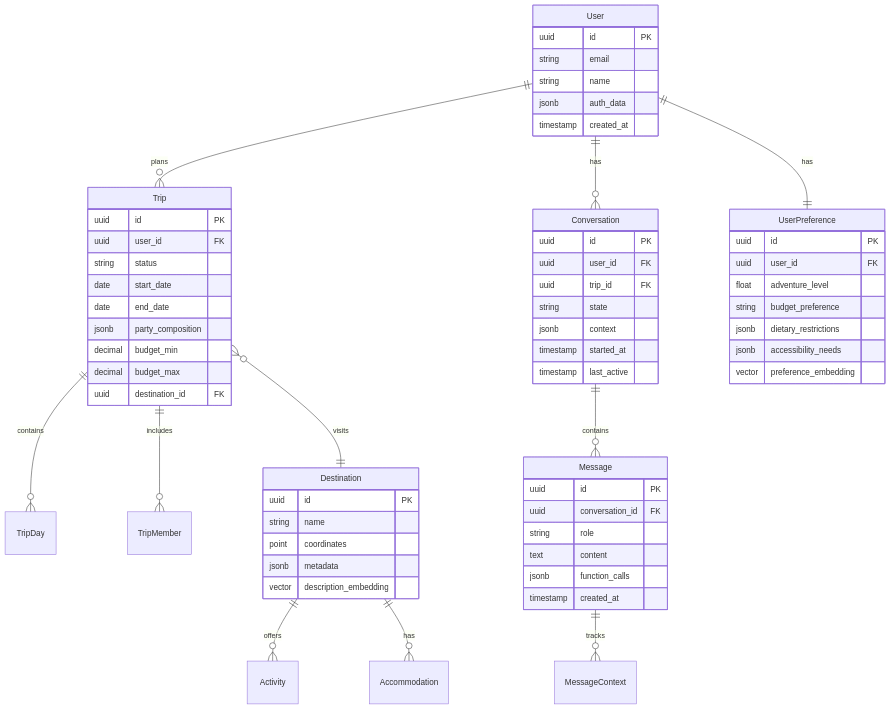
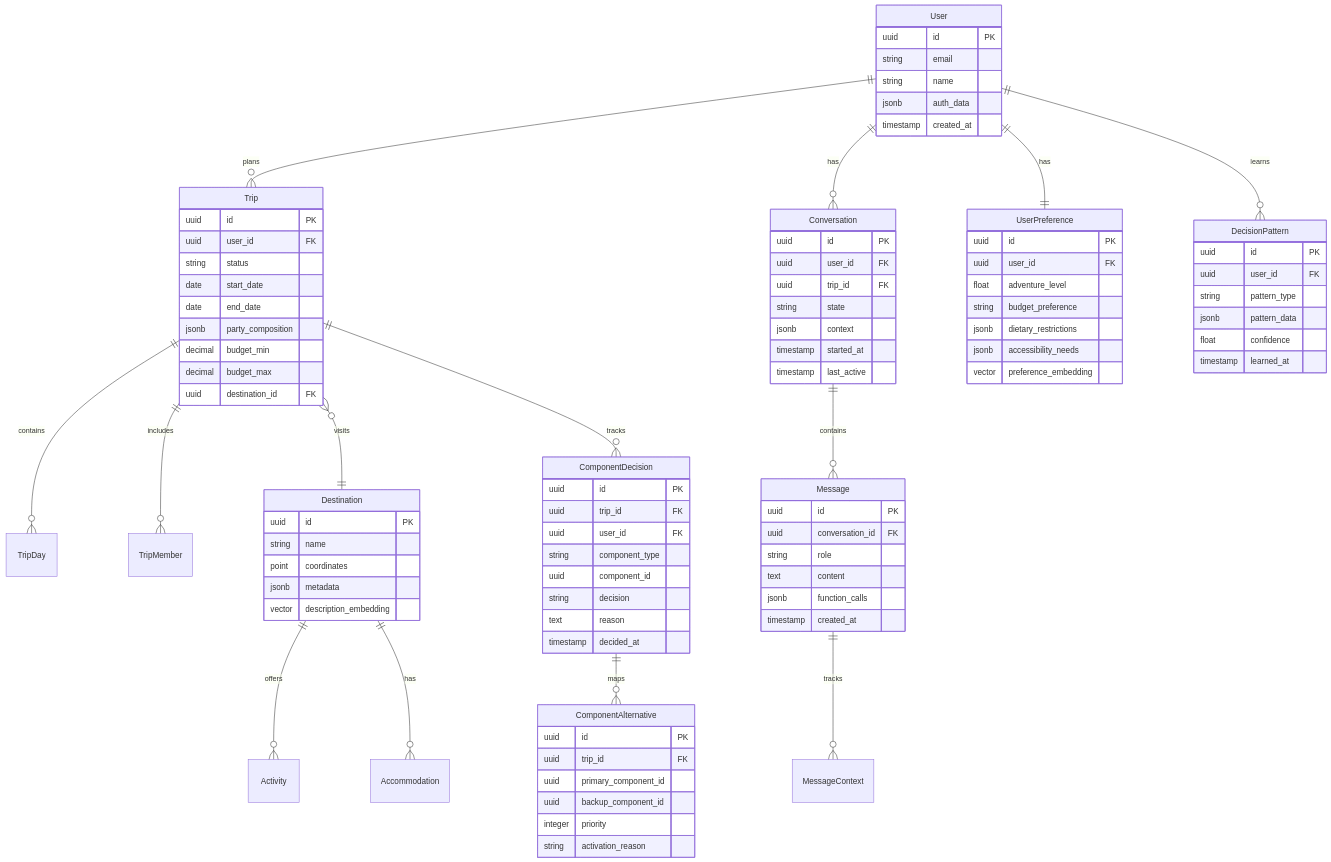
The third of 8 diagrams in architecture.md (FuzzyIO/app-pickedfor.me), drawn with Mermaid before and after one commit. The commit also changed 3 other files, not shown here.

````diff
--- a/architecture.md
+++ b/architecture.md
@@ -90,10 +90,13 @@
     Trip ||--o{ TripDay : contains
     Trip ||--o{ TripMember : includes
     Trip }o--|| Destination : visits
+    Trip ||--o{ ComponentDecision : tracks
     Conversation ||--o{ Message : contains
     Message ||--o{ MessageContext : tracks
     Destination ||--o{ Activity : offers
     Destination ||--o{ Accommodation : has
+    ComponentDecision ||--o{ ComponentAlternative : maps
+    User ||--o{ DecisionPattern : learns
     
     User {
         uuid id PK
@@ -151,4 +154,33 @@
         jsonb metadata
         vector description_embedding
     }
+    
+    ComponentDecision {
+        uuid id PK
+        uuid trip_id FK
+        uuid user_id FK
+        string component_type
+        uuid component_id
+        string decision
+        text reason
+        timestamp decided_at
+    }
+    
+    ComponentAlternative {
+        uuid id PK
+        uuid trip_id FK
+        uuid primary_component_id
+        uuid backup_component_id
+        integer priority
+        string activation_reason
+    }
+    
+    DecisionPattern {
+        uuid id PK
+        uuid user_id FK
+        string pattern_type
+        jsonb pattern_data
+        float confidence
+        timestamp learned_at
+    }
 ```
````
